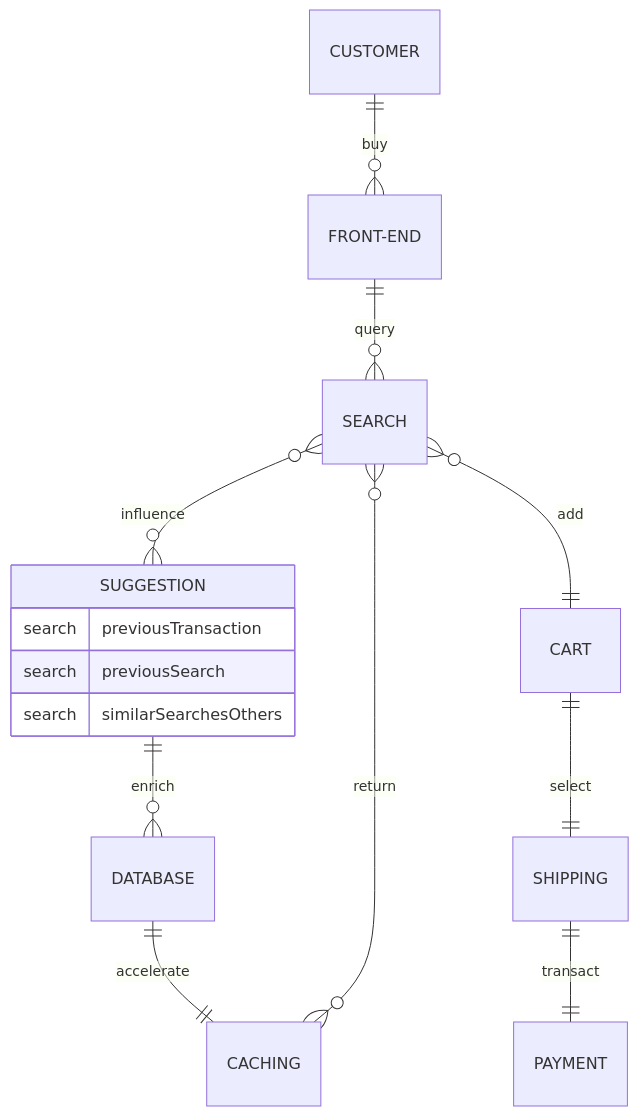
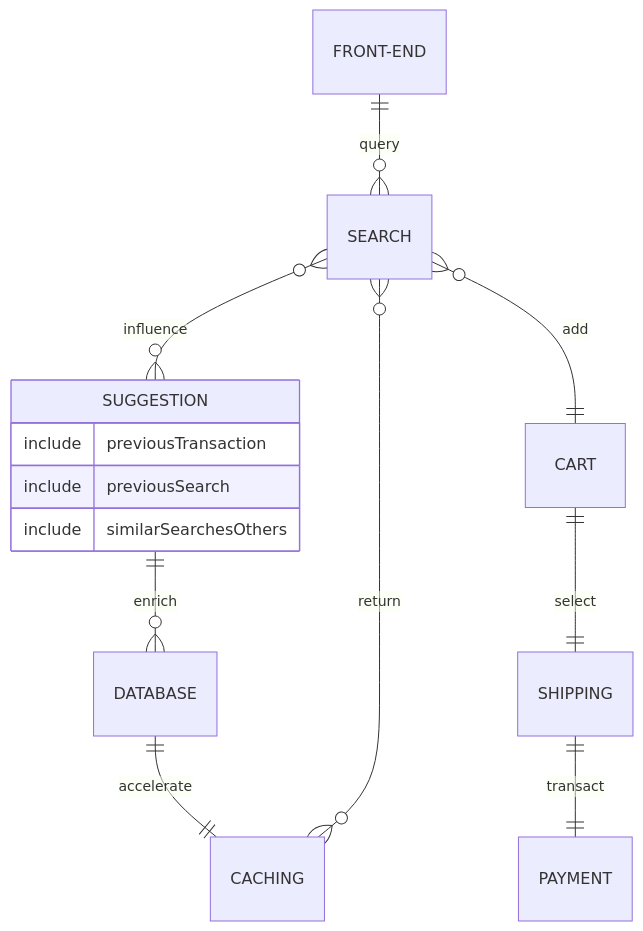
The second of 2 diagrams in docs/concepts.md (beezy-cloud/project-pancake), drawn with Mermaid before and after one commit. The commit also changed other lines of this file, not shown here.

````diff
--- a/docs/concepts.md
+++ b/docs/concepts.md
@@ -62,17 +61,16 @@
 ```mermaid
    erDiagram
-   CUSTOMER ||--o{ FRONT-END : buy
    FRONT-END ||--o{ SEARCH : query
    SEARCH }o--o{ SUGGESTION: influence
    SUGGESTION {
-    search previousTransaction
-    search previousSearch
-    search similarSearchesOthers
+    include previousTransaction
+    include previousSearch
+    include similarSearchesOthers
    }
    SUGGESTION ||--o{ DATABASE : enrich
    DATABASE ||--|| CACHING: accelerate
    CACHING }o--o{ SEARCH: return
    SEARCH }o--|| CART : add
    CART ||--|| SHIPPING : select
    SHIPPING ||--|| PAYMENT : transact
 ```
````
